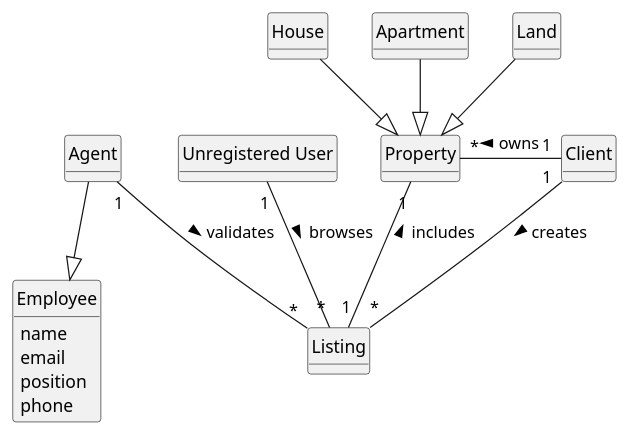
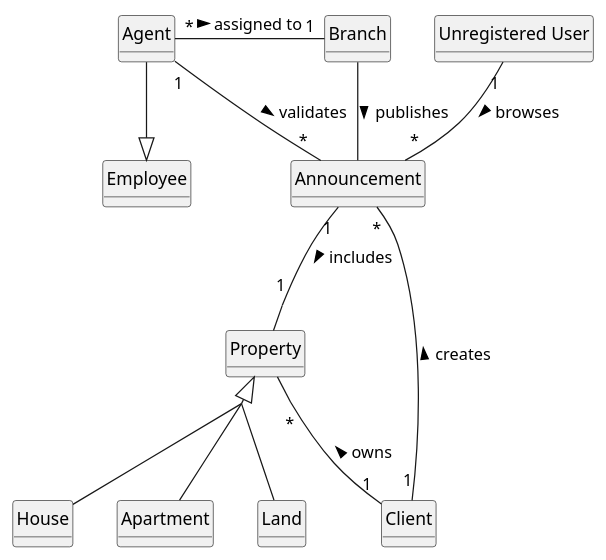
The diagram in docs/sprintB/US001/02.analysis/puml/us001-domain-model.puml (tiagohcorreia/LAPR2), drawn with PlantUML before and after one commit.

Commit message:
US1 - Updated the DM

```diff
--- a/docs/sprintB/US001/02.analysis/puml/us001-domain-model.puml
+++ b/docs/sprintB/US001/02.analysis/puml/us001-domain-model.puml
@@ -1,82 +1,96 @@
 @startuml
 skinparam monochrome true
 skinparam packageStyle rectangle
 skinparam shadowing false
 
 'left to right direction
+
+'skinparam linetype ortho
+skinparam groupInheritance 2
 
 skinparam classAttributeIconSize 0
 
 hide circle
 hide methods
 
 'title Domain Model
 
-'class Platform {
-'  -description
-'}
+class Branch {
+}
 
 
 class Employee {
-    name
-    email
-    position
-    phone
+    'name
+    'email
+    'position
+    'phone
 }
 
 
 'class User {
 '    name
 '    email
 '    password
 '}
 
 /'class Agent {
 
 }
 
 class Property {
 
 }
 
 class House {
 
 }
 
 class Apartment {
 
 }
 
 class Land {
 
 }
 
 class Client {
 
 }
 
 class Announcement {
 
 }
 
 class "Unregistered User" {
 
 }'/
 
 
-House --|> Property
-Apartment --|> Property
-Land --|> Property
-Listing "1" -- "1" Property: includes >
+'House --|> Property
+'Apartment --|> Property
+'Land --|> Property
 
+
+Property <|-- House
+Property <|-- Apartment
+Property <|-- Land
+
+
+Announcement "1" -- "1" Property: includes >
+
+Branch -- Announcement: publishes >
+
+Agent "*" - "1" Branch: assigned to >
 Agent --|> Employee
 'Employee -|> User
-Agent "1" -- "*" Listing: validates >
+Agent "1" -- "*" Announcement: validates >
 'Client "0..1" - "*" Property: owns >
-Property "*" - "1" Client : owns <
+Property "*" -- "1" Client : owns <
 'Client "*" -|> "1" User
-Client "1" -- "*" Listing: creates >
+Client "1" -- "*" Announcement: creates >
 '"Unregistered User" "1" ---|> "1" User
-"Unregistered User" "1" -- "*" Listing: browses >
+"Unregistered User" "1" -- "*" Announcement: browses >
+
+
 
 @enduml
```
